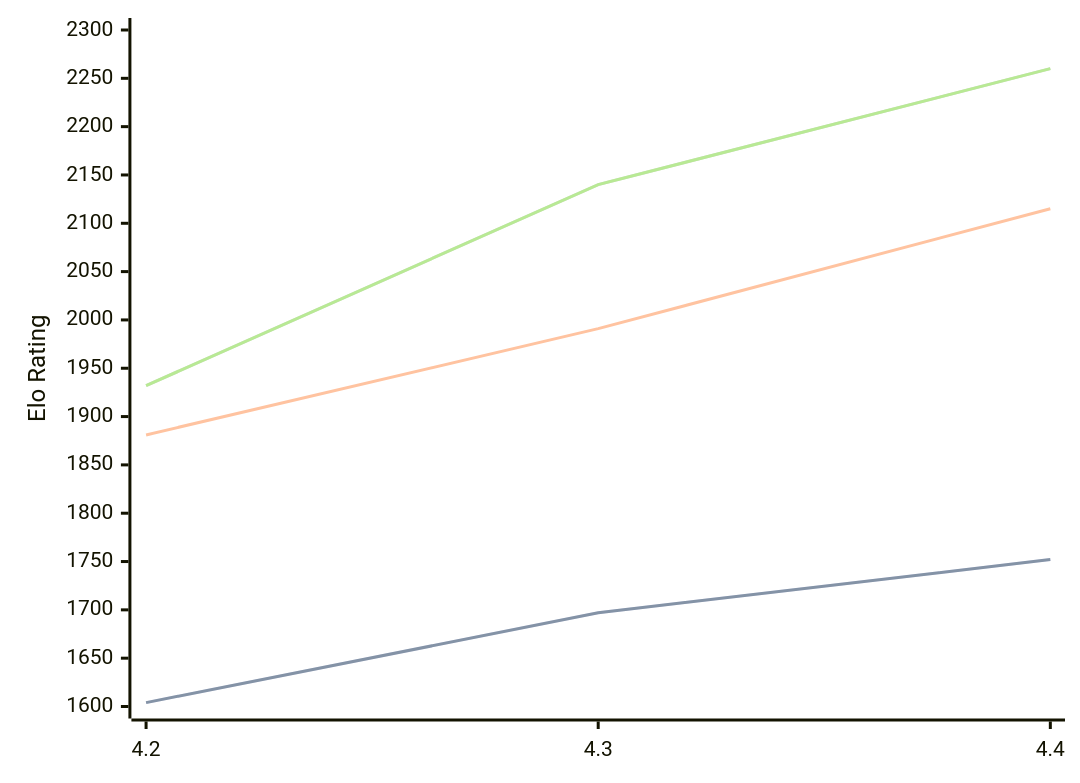
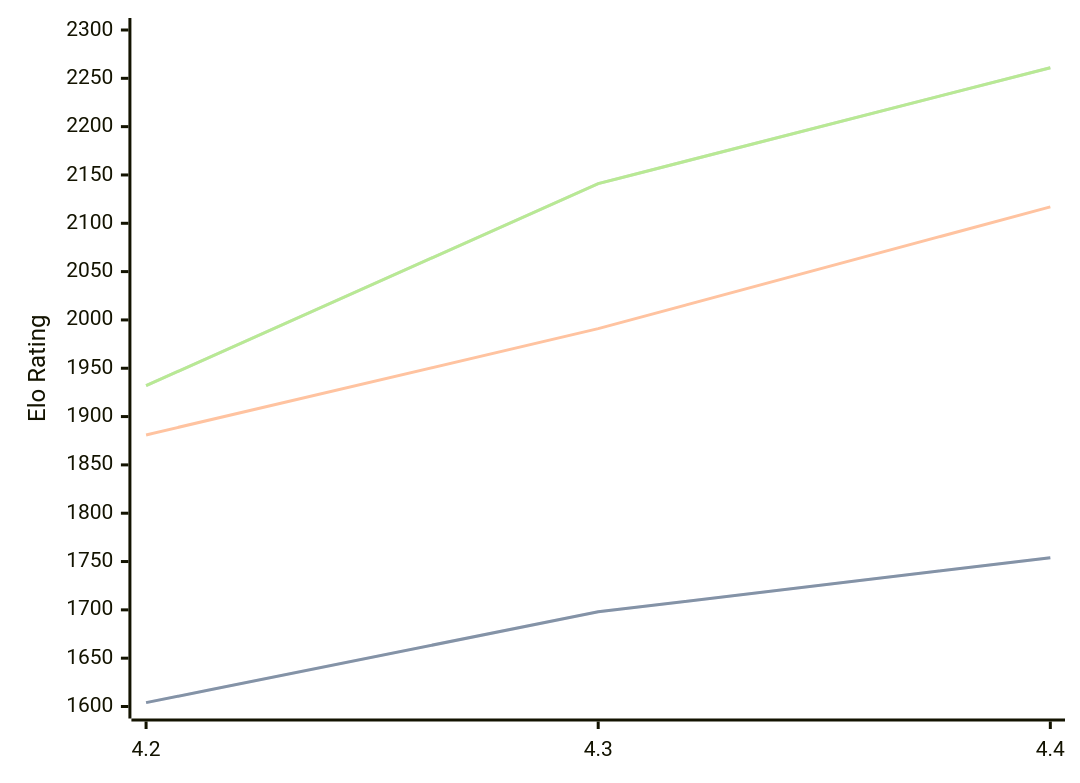
The diagram in engines/Radiance.md (computer-chess-index/cci), drawn with Mermaid before and after one commit. The commit also changed other lines of this file, not shown here.

Commit message:
Update CCI Ratings (ELO VLTC) - 2026-05-04

````diff
--- a/engines/Radiance.md
+++ b/engines/Radiance.md
@@ -36,11 +36,11 @@
 ```mermaid
 %%{init: {"theme":"base","themeVariables":{"seriesColors:['#a3a3a3','#222221','#faa371']}}}%%
 xychart-beta
   x-axis ["4.2", "4.3", "4.4"]
   y-axis "Elo Rating" 1600 --> 2300
-  line "STC (8.0+0.08s)" [1604, 1697, 1752]
-  line "STC (8.0+0.08s)" [1604, 1697, 1752]
-  line "LTC (60.0+0.60s)" [1881, 1991, 2115]
-  line "VLTC (2m24s+1.12s)" [1932, 2140, 2260]
-  line "VLTC (2m24s+1.12s)" [1932, 2140, 2260]
+  line "STC (8.0+0.08s)" [1604, 1698, 1754]
+  line "STC (8.0+0.08s)" [1604, 1698, 1754]
+  line "LTC (60.0+0.60s)" [1881, 1991, 2117]
+  line "VLTC (2m24s+1.12s)" [1932, 2141, 2261]
+  line "VLTC (2m24s+1.12s)" [1932, 2141, 2261]
 ```
````
